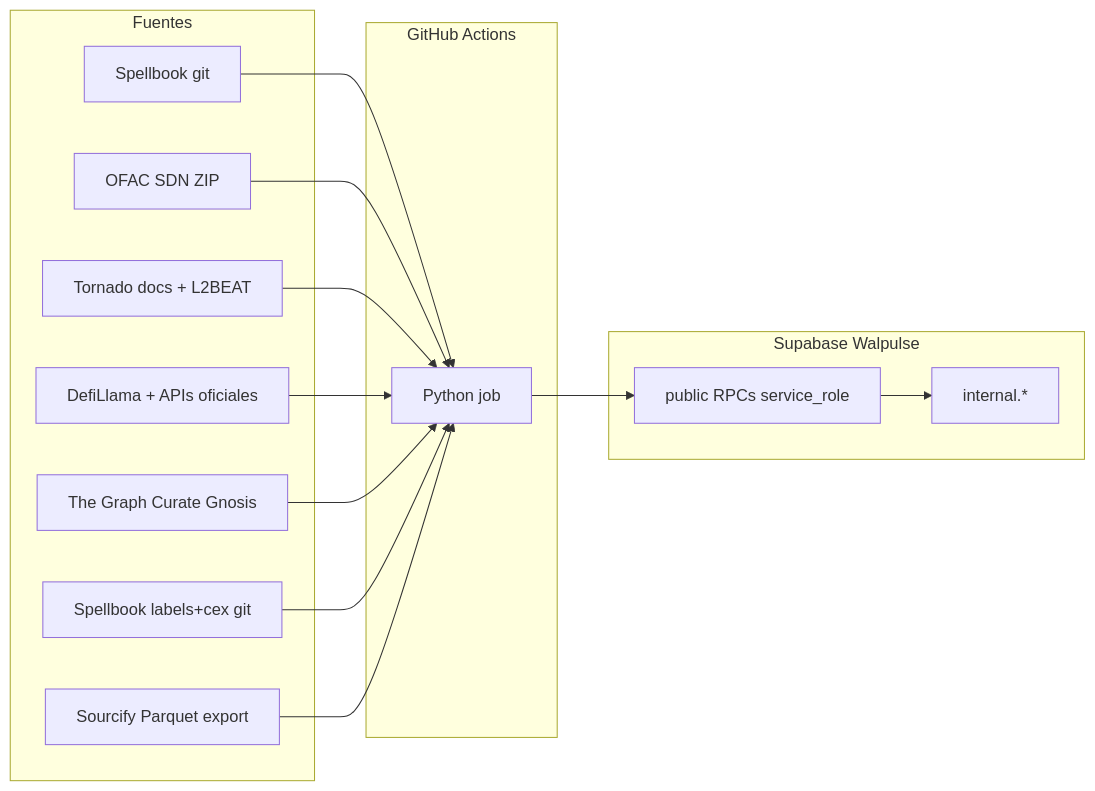
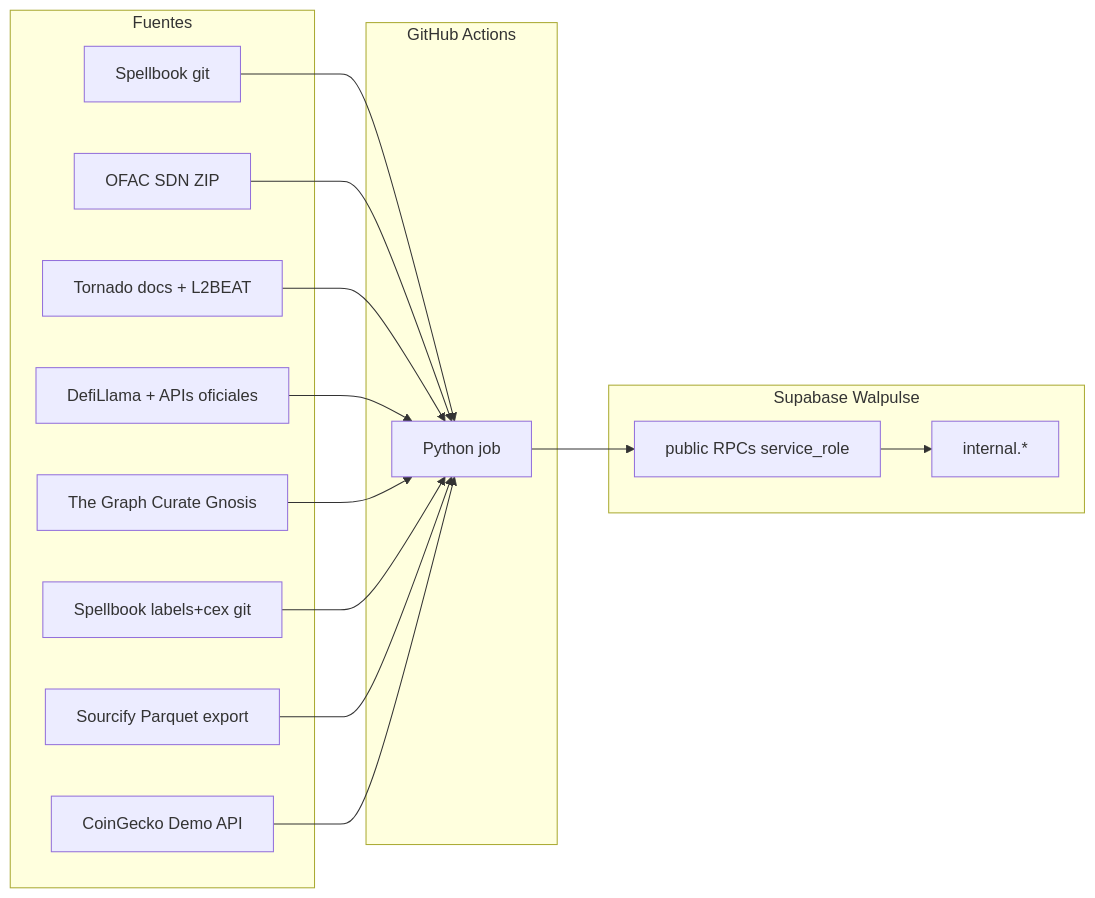
Before and after one commit to walpulse/workers: the diagram in docs/ARCHITECTURE.md, drawn with Mermaid. The commit also changed other lines of this file and 11 other files, not shown here.

Commit message:
Add token_taxonomy worker syncing CoinGecko tags to Supabase.

````diff
--- a/docs/ARCHITECTURE.md
+++ b/docs/ARCHITECTURE.md
@@ -7,27 +7,29 @@
 ```mermaid
 flowchart LR
   subgraph sources [Fuentes]
     SB[Spellbook git]
     OFAC[OFAC SDN ZIP]
     MIX[Tornado docs + L2BEAT]
     BR[DefiLlama + APIs oficiales]
     KS[The Graph Curate Gnosis]
     SL[Spellbook labels+cex git]
     SF[Sourcify Parquet export]
+    CG[CoinGecko Demo API]
   end
   subgraph gha [GitHub Actions]
     W[Python job]
   end
   subgraph supa [Supabase Walpulse]
     RPC[public RPCs service_role]
     INT[internal.*]
   end
   SB --> W
   OFAC --> W
   MIX --> W
   BR --> W
   KS --> W
   SL --> W
   SF --> W
+  CG --> W
   W --> RPC --> INT
 ```
````
